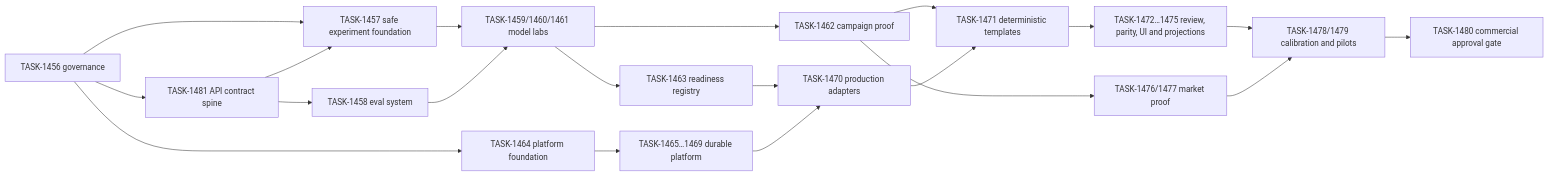
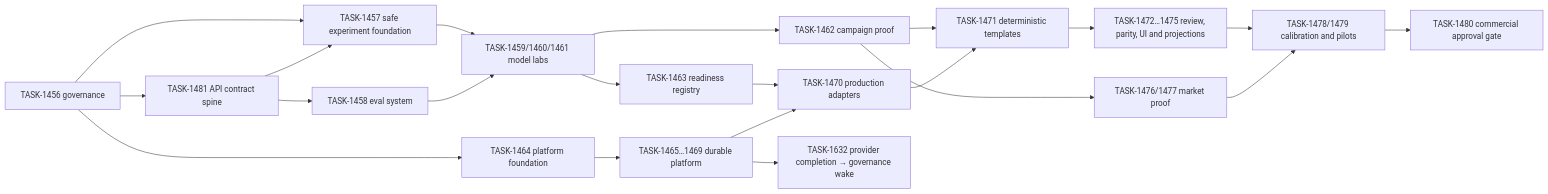
One commit to efeoncepro/greenhouse-eo changed the diagram in docs/operations/creative-studio/EPIC_028_PARALLEL_EXECUTION_PLAN_V1.md. Above: the diagram before and after it, drawn with Mermaid. The commit also changed other lines of this file and 1059 other files, not shown here.

````diff
--- a/docs/operations/creative-studio/EPIC_028_PARALLEL_EXECUTION_PLAN_V1.md
+++ b/docs/operations/creative-studio/EPIC_028_PARALLEL_EXECUTION_PLAN_V1.md
@@ -38,22 +38,23 @@
 ```mermaid
 flowchart LR
   G["TASK-1456 governance"] --> S["TASK-1457 safe experiment foundation"]
   G --> A["TASK-1481 API contract spine"]
   A --> S
   A --> E["TASK-1458 eval system"]
   G --> P["TASK-1464 platform foundation"]
   S --> M["TASK-1459/1460/1461 model labs"]
   E --> M
   M --> C["TASK-1462 campaign proof"]
   M --> R["TASK-1463 readiness registry"]
   P --> D["TASK-1465…1469 durable platform"]
   R --> X["TASK-1470 production adapters"]
   D --> X
   C --> T["TASK-1471 deterministic templates"]
   X --> T
   T --> V["TASK-1472…1475 review, parity, UI and projections"]
+  D --> AG["TASK-1632 provider completion → governance wake"]
   C --> O["TASK-1476/1477 market proof"]
   V --> K["TASK-1478/1479 calibration and pilots"]
   O --> K
   K --> Z["TASK-1480 commercial approval gate"]
 ```
````
